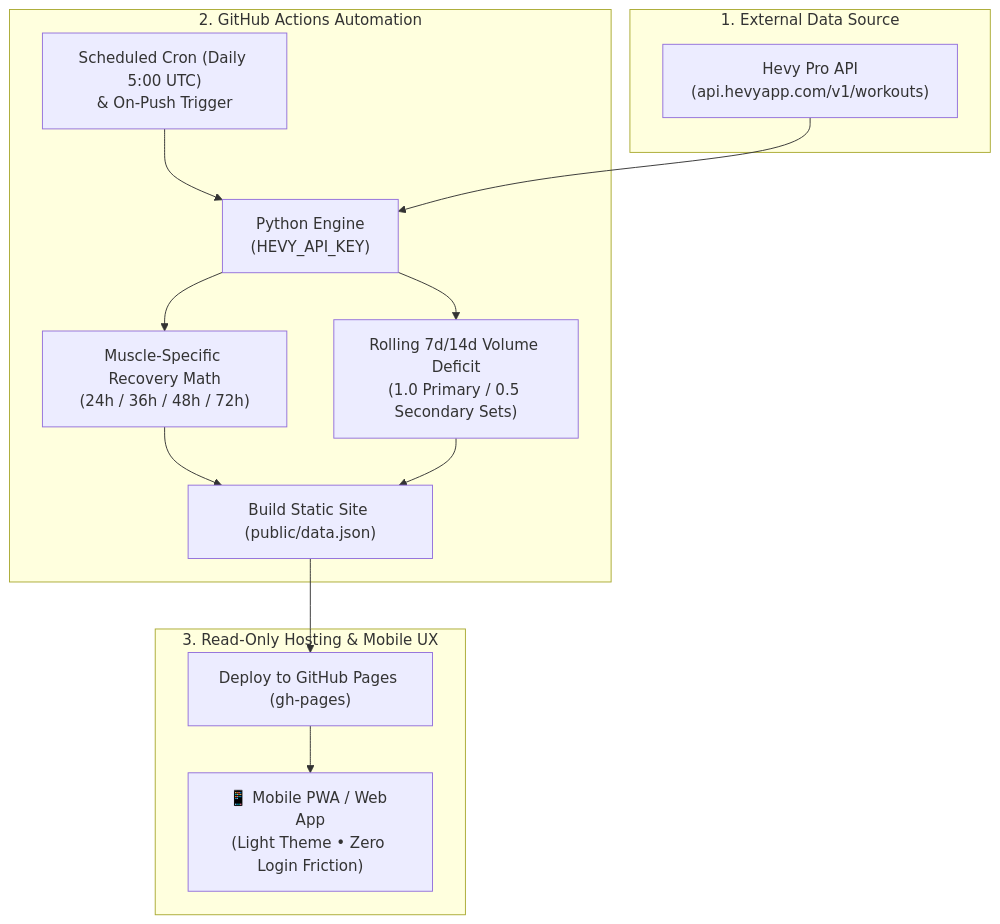
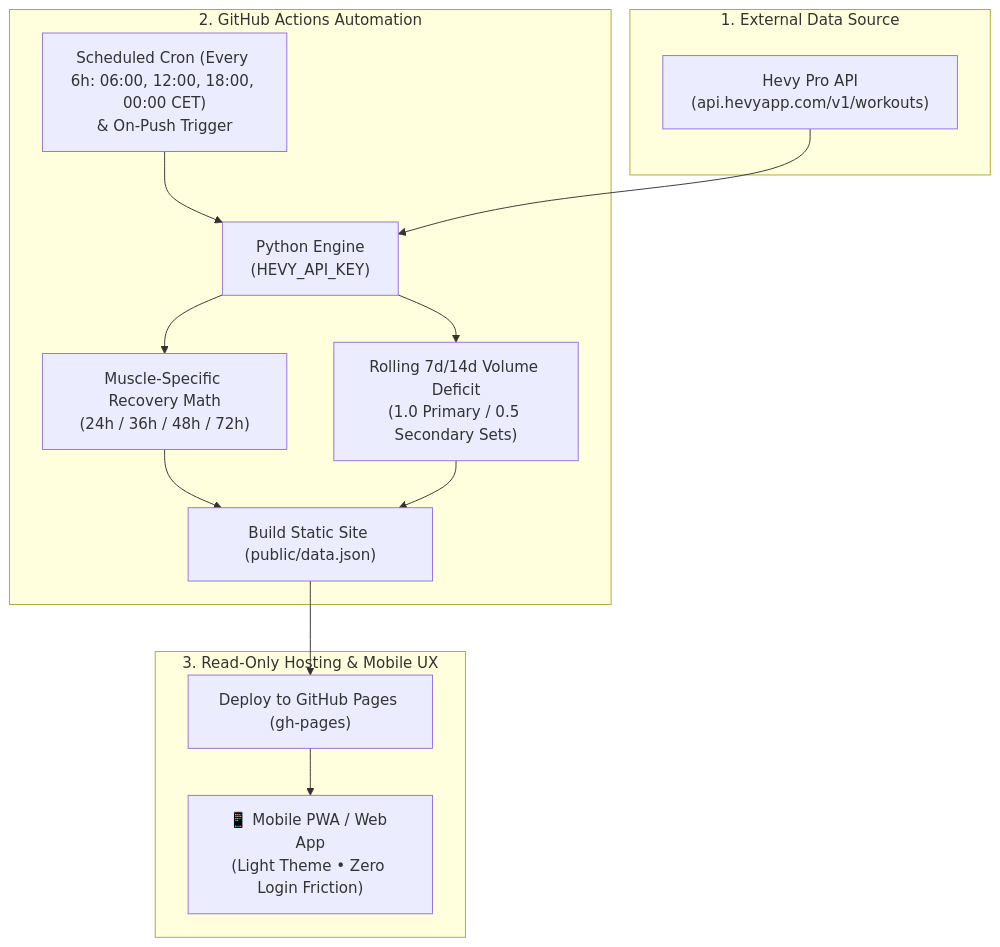
Before and after one commit to apilaskowski/personal_trainer: the diagram in README.md, drawn with Mermaid. The commit also changed 1 other file, not shown here.

Commit message:
ci: update sync schedule to every 6 hours (06:00, 12:00, 18:00, 00:00 CET)

````diff
--- a/README.md
+++ b/README.md
@@ -11,21 +11,21 @@
 ```mermaid
 flowchart TD
     subgraph Cloud["1. External Data Source"]
         A["Hevy Pro API\n(api.hevyapp.com/v1/workouts)"]
     end
 
     subgraph CI["2. GitHub Actions Automation"]
-        B["Scheduled Cron (Daily 5:00 UTC)\n& On-Push Trigger"]
+        B["Scheduled Cron (Every 6h: 06:00, 12:00, 18:00, 00:00 CET)\n& On-Push Trigger"]
         C["Python Engine\n(HEVY_API_KEY)"]
         B --> C
         A --> C
         C --> D["Muscle-Specific Recovery Math\n(24h / 36h / 48h / 72h)"]
         C --> E["Rolling 7d/14d Volume Deficit\n(1.0 Primary / 0.5 Secondary Sets)"]
         D & E --> F["Build Static Site (public/data.json)"]
     end
 
     subgraph Hosting["3. Read-Only Hosting & Mobile UX"]
         F --> G["Deploy to GitHub Pages (gh-pages)"]
         G --> H["📱 Mobile PWA / Web App\n(Light Theme • Zero Login Friction)"]
     end
 ```
````
